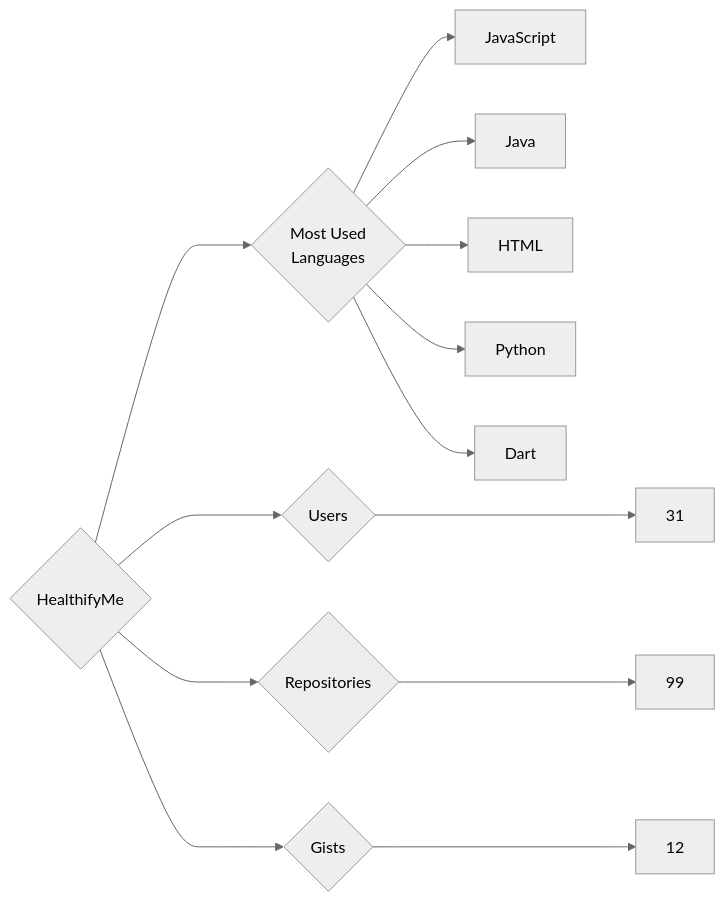
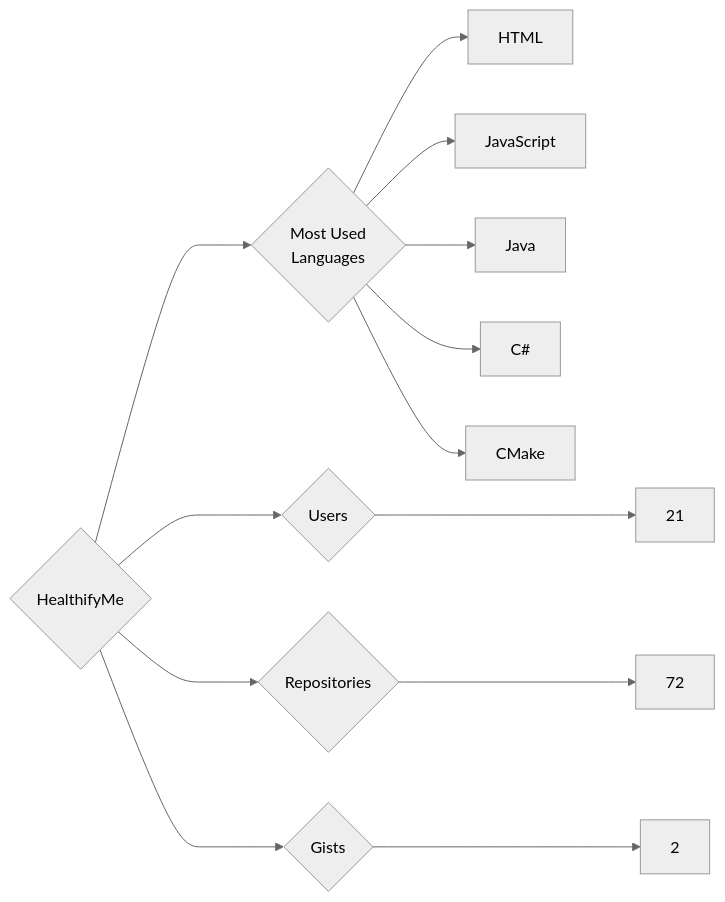
Before and after one commit to trickest/insiders: the diagram in targets/HealthifyMe/README.md, drawn with Mermaid (neutral theme). The commit also changed 826 other files, not shown here.

````diff
--- a/targets/HealthifyMe/README.md
+++ b/targets/HealthifyMe/README.md
@@ -3,13 +3,13 @@
 ```mermaid
 graph LR
 COMPANY_NAME{HealthifyMe}
-COMPANY_NAME ---> U{Users} ---> UN[31]
-COMPANY_NAME ---> R{Repositories} ---> RN[99]
-COMPANY_NAME ---> G{Gists} ---> GN[12]
+COMPANY_NAME ---> U{Users} ---> UN[21]
+COMPANY_NAME ---> R{Repositories} ---> RN[72]
+COMPANY_NAME ---> G{Gists} ---> GN[2]
 COMPANY_NAME ---> ML{Most Used<br>Languages}
+ML --> HTML[HTML]
 ML --> JavaScript[JavaScript]
 ML --> Java[Java]
-ML --> HTML[HTML]
-ML --> Python[Python]
-ML --> Dart[Dart]
+ML --> C#[C#]
+ML --> CMake[CMake]
 ```
````
